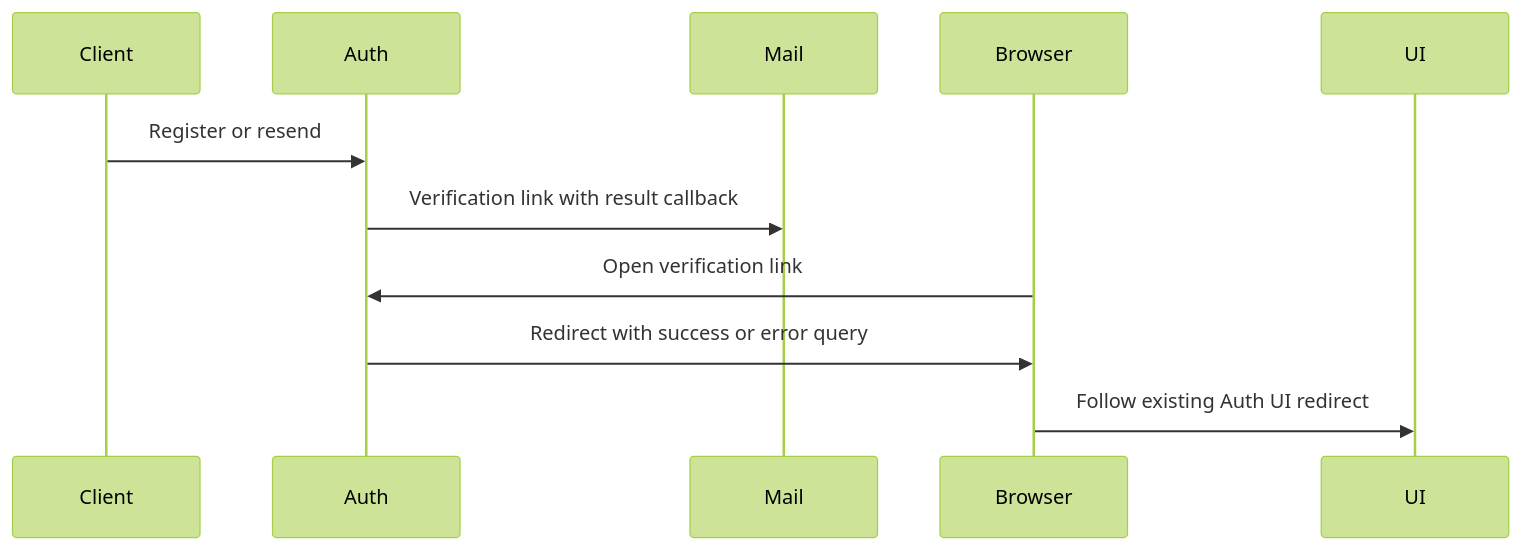
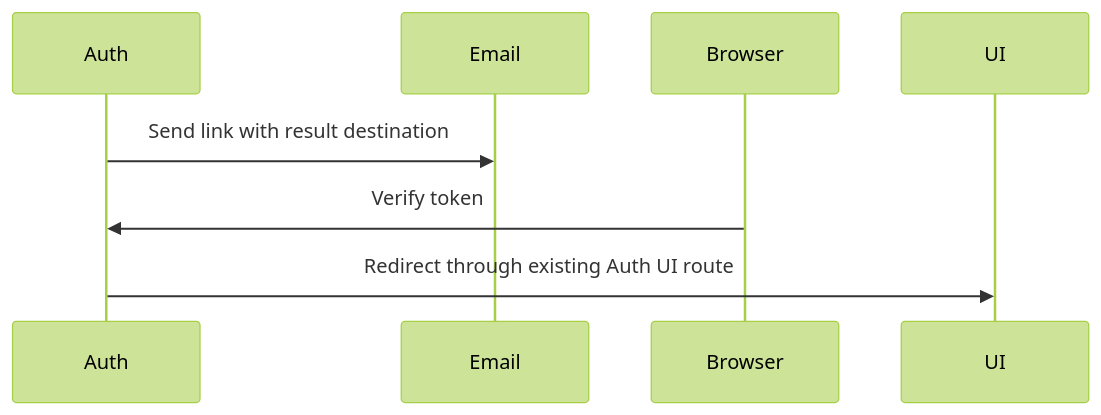
One commit to moeru-ai/airi changed the second of 2 diagrams in server/docs/ai/adr/2026-09-30-email-verification-landing.md. Above: the diagram before and after it, drawn with Mermaid (forest theme). The commit also changed other lines of this file and 2 other files, not shown here.

Commit message:
test(auth): reuse existing verification configuration tests

````diff
--- a/server/docs/ai/adr/2026-09-30-email-verification-landing.md
+++ b/server/docs/ai/adr/2026-09-30-email-verification-landing.md
@@ -27,8 +23,6 @@
 ```mermaid
 sequenceDiagram
-  Client->>Auth: Register or resend
-  Auth->>Mail: Verification link with result callback
-  Browser->>Auth: Open verification link
-  Auth->>Browser: Redirect with success or error query
-  Browser->>UI: Follow existing Auth UI redirect
+  Auth->>Email: Send link with result destination
+  Browser->>Auth: Verify token
+  Auth->>UI: Redirect through existing Auth UI route
 ```
````
